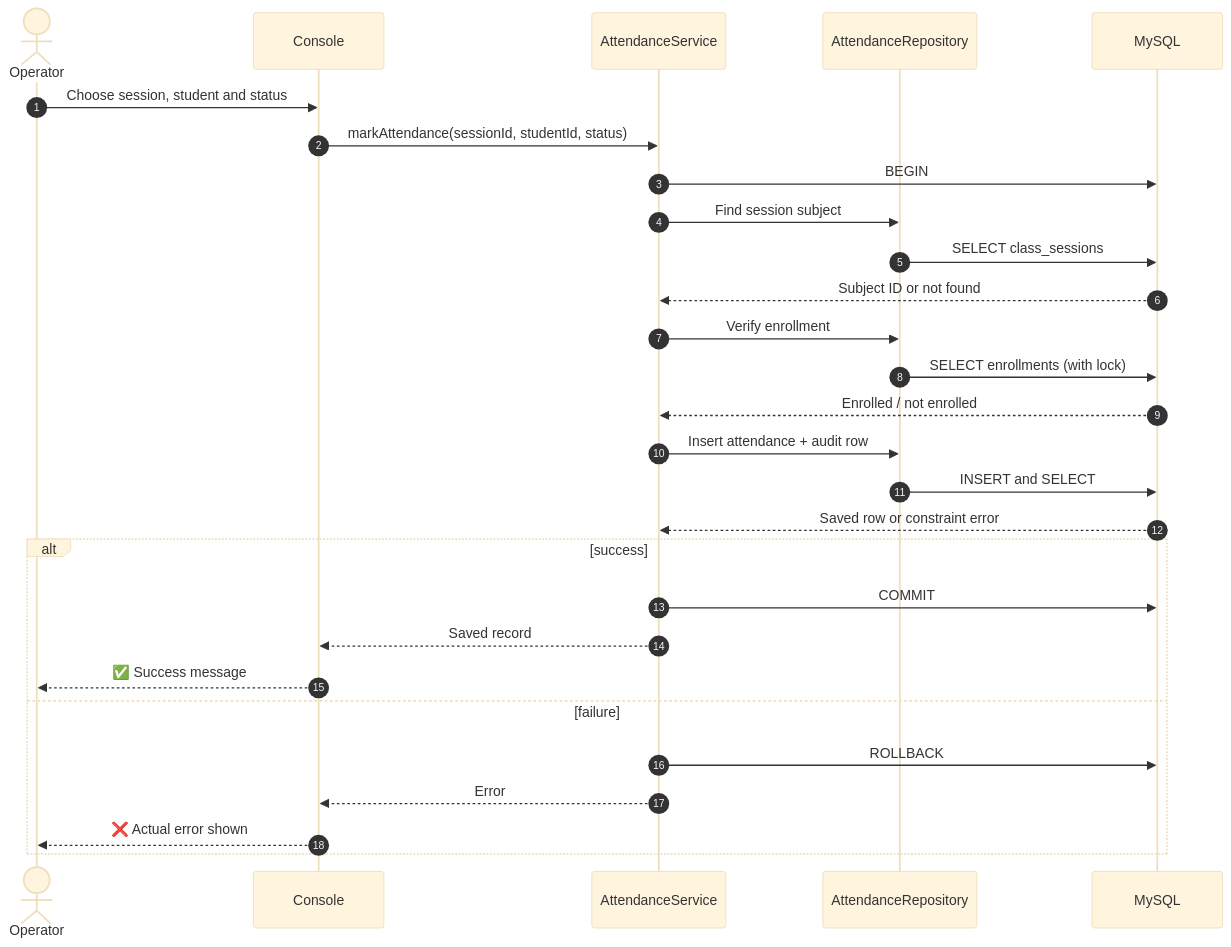
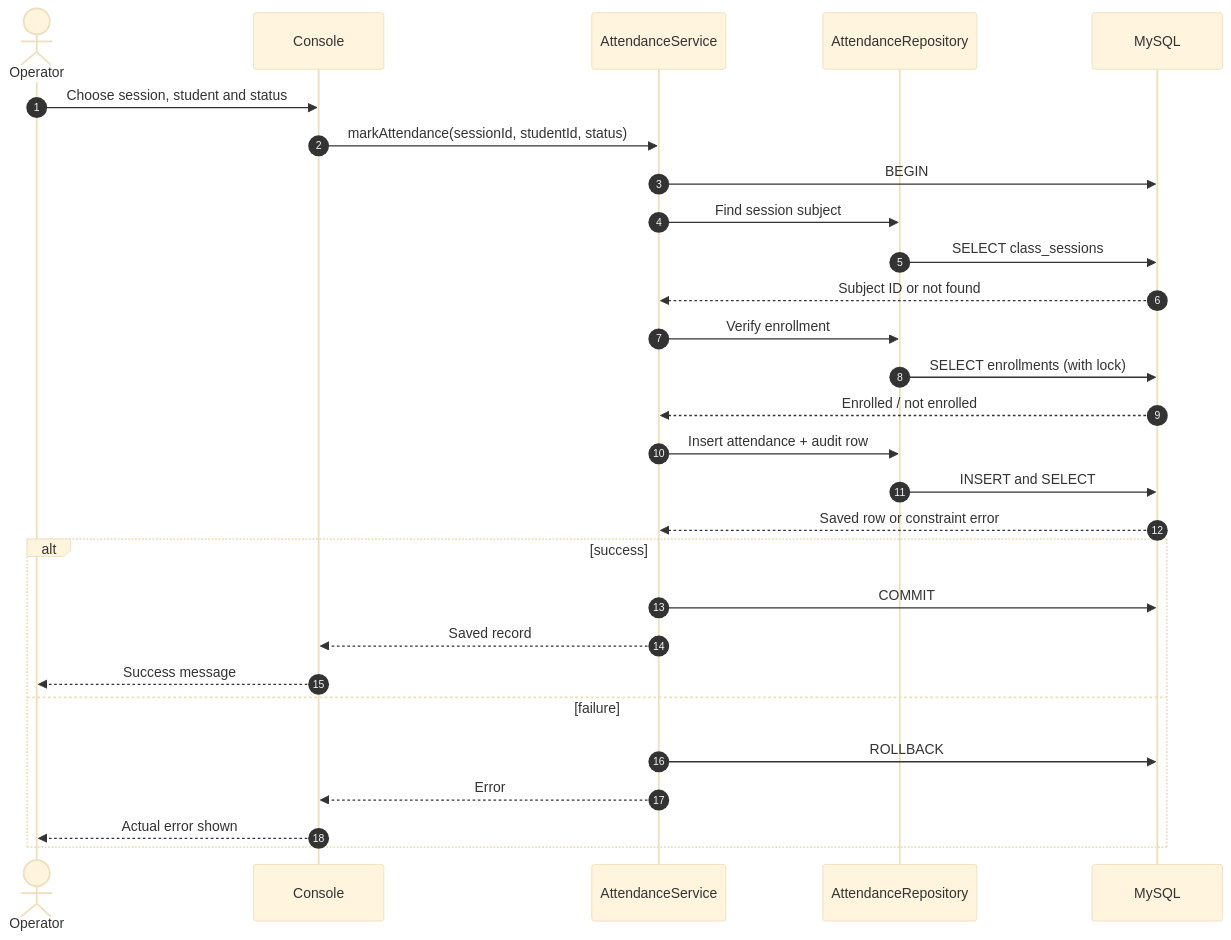
Before and after one commit to vishweshwaranbalasundaram/Attend-IQ: the second of 6 diagrams in README.md, drawn with Mermaid (base theme). The commit also changed other lines of this file, not shown here.

````diff
--- a/README.md
+++ b/README.md
@@ -182,31 +182,31 @@
 ```mermaid
 sequenceDiagram
     autonumber
     actor Operator
     participant App as Console
     participant S as AttendanceService
     participant R as AttendanceRepository
     participant DB as MySQL
 
     Operator->>App: Choose session, student and status
     App->>S: markAttendance(sessionId, studentId, status)
     S->>DB: BEGIN
     S->>R: Find session subject
     R->>DB: SELECT class_sessions
     DB-->>S: Subject ID or not found
     S->>R: Verify enrollment
     R->>DB: SELECT enrollments (with lock)
     DB-->>S: Enrolled / not enrolled
     S->>R: Insert attendance + audit row
     R->>DB: INSERT and SELECT
     DB-->>S: Saved row or constraint error
     alt success
         S->>DB: COMMIT
         S-->>App: Saved record
-        App-->>Operator: ✅ Success message
+        App-->>Operator: Success message
     else failure
         S->>DB: ROLLBACK
         S-->>App: Error
-        App-->>Operator: ❌ Actual error shown
+        App-->>Operator: Actual error shown
     end
 ```
````
